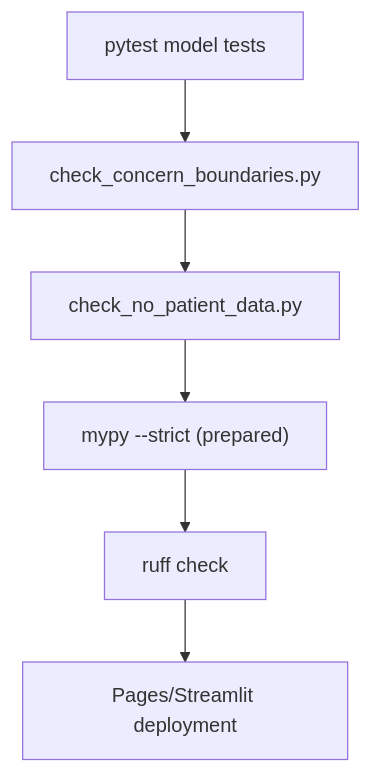
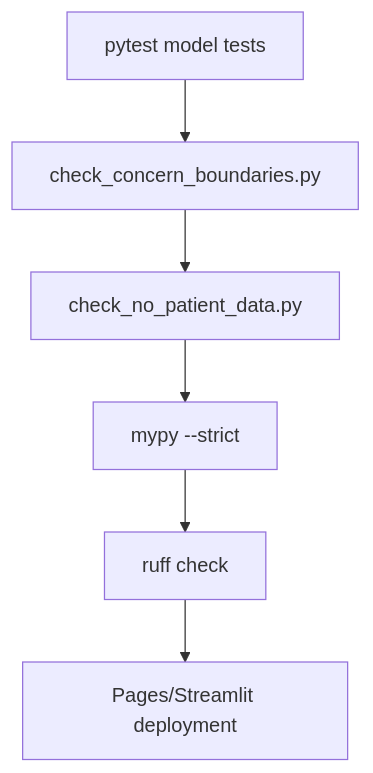
Before and after one commit to edithatogo/gtpcnz: the second of 2 diagrams in docs/launch/claim-boundaries-v1.7.2.md, drawn with Mermaid. The commit also changed other lines of this file and 266 other files, not shown here.

````diff
--- a/docs/launch/claim-boundaries-v1.7.2.md
+++ b/docs/launch/claim-boundaries-v1.7.2.md
@@ -225,15 +227,15 @@
 ```mermaid
 flowchart TD
     Pytest["pytest model tests"]
     Boundary["check_concern_boundaries.py"]
     NoPatient["check_no_patient_data.py"]
-    Mypy["mypy --strict (prepared)"]
+    Mypy["mypy --strict"]
     Ruff["ruff check"]
     Deploy["Pages/Streamlit deployment"]
 
     Pytest --> Boundary
     Boundary --> NoPatient
     NoPatient --> Mypy
     Mypy --> Ruff
     Ruff --> Deploy
 ```
````
